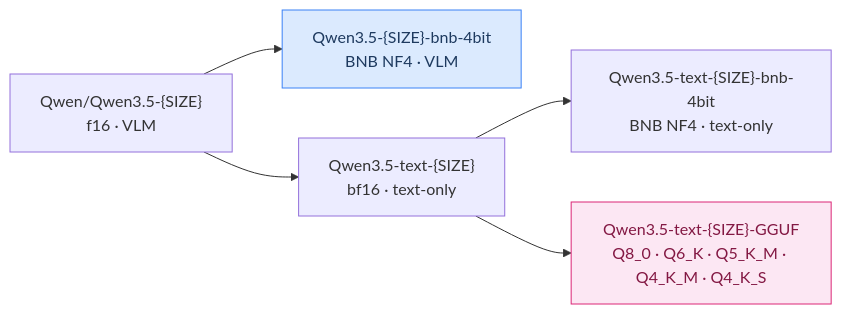
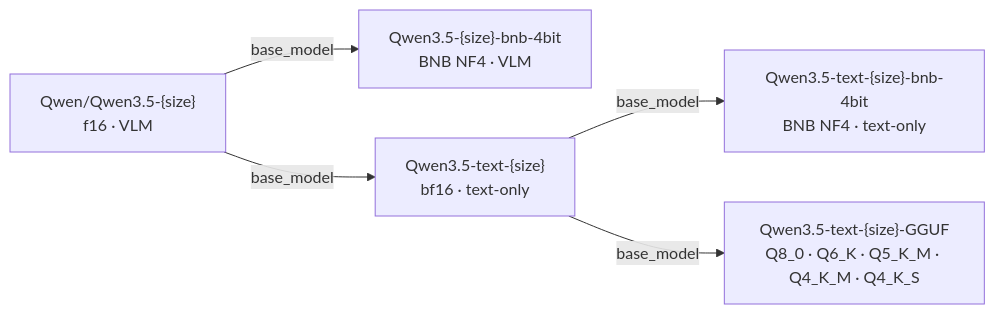
The first of 2 diagrams in model_cards/README_Qwen3.5-bnb-4bit.md (techwithsergiu/qwen35-toolkit), drawn with Mermaid before and after one commit. The commit also changed other lines of this file and 3 other files, not shown here.

````diff
--- a/model_cards/README_Qwen3.5-bnb-4bit.md
+++ b/model_cards/README_Qwen3.5-bnb-4bit.md
@@ -34,9 +34,13 @@
 ```mermaid
 graph LR
-    A["Qwen/Qwen3.5-{SIZE}<br/>f16 · VLM"] --> B["Qwen3.5-{SIZE}-bnb-4bit<br/>BNB NF4 · VLM"]
-    A --> C["Qwen3.5-text-{SIZE}<br/>bf16 · text-only"]
-    C --> D["Qwen3.5-text-{SIZE}-bnb-4bit<br/>BNB NF4 · text-only"]
-    C --> E["Qwen3.5-text-{SIZE}-GGUF<br/>Q8_0 · Q6_K · Q5_K_M · Q4_K_M · Q4_K_S"]
-    style B fill:#dbeafe,stroke:#3b82f6,color:#1e3a5f
-    style E fill:#fce7f3,stroke:#db2777,color:#831843
+    SRC["Qwen/Qwen3.5-{size}<br/>f16 · VLM"]
+    BNBVLM["Qwen3.5-{size}-bnb-4bit<br/>BNB NF4 · VLM"]
+    TEXTF16["Qwen3.5-text-{size}<br/>bf16 · text-only"]
+    TEXTBNB["Qwen3.5-text-{size}-bnb-4bit<br/>BNB NF4 · text-only"]
+    GGUF["Qwen3.5-text-{size}-GGUF<br/>Q8_0 · Q6_K · Q5_K_M · Q4_K_M · Q4_K_S"]
+
+    SRC -->|"base_model"| BNBVLM
+    SRC -->|"base_model"| TEXTF16
+    TEXTF16 -->|"base_model"| TEXTBNB
+    TEXTF16 -->|"base_model"| GGUF
 ```
````
